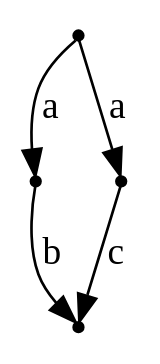
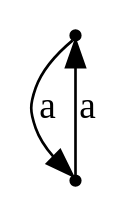
One commit to jangreen/rat changed the diagram in output/counterexample.dot. Above: the diagram before and after it, drawn with Graphviz. The commit also changed 6 other files, not shown here.

```diff
--- a/output/counterexample.dot
+++ b/output/counterexample.dot
@@ -1,6 +1,4 @@
 digraph { node[shape="point"]
 N0 -> N3[label = "a"];
-N3 -> N1[label = "b"];
-N0 -> N2[label = "a"];
-N2 -> N1[label = "c"];
+N3 -> N0[label = "a"];
 }
```
